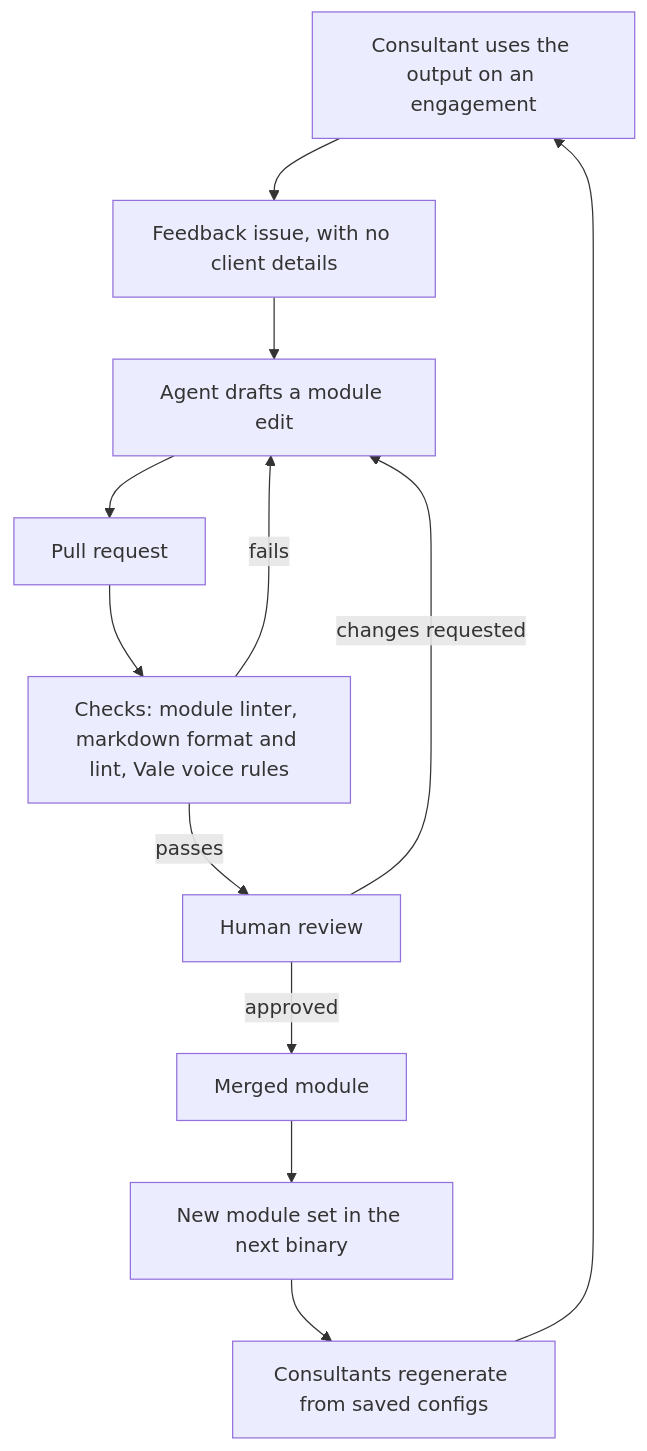
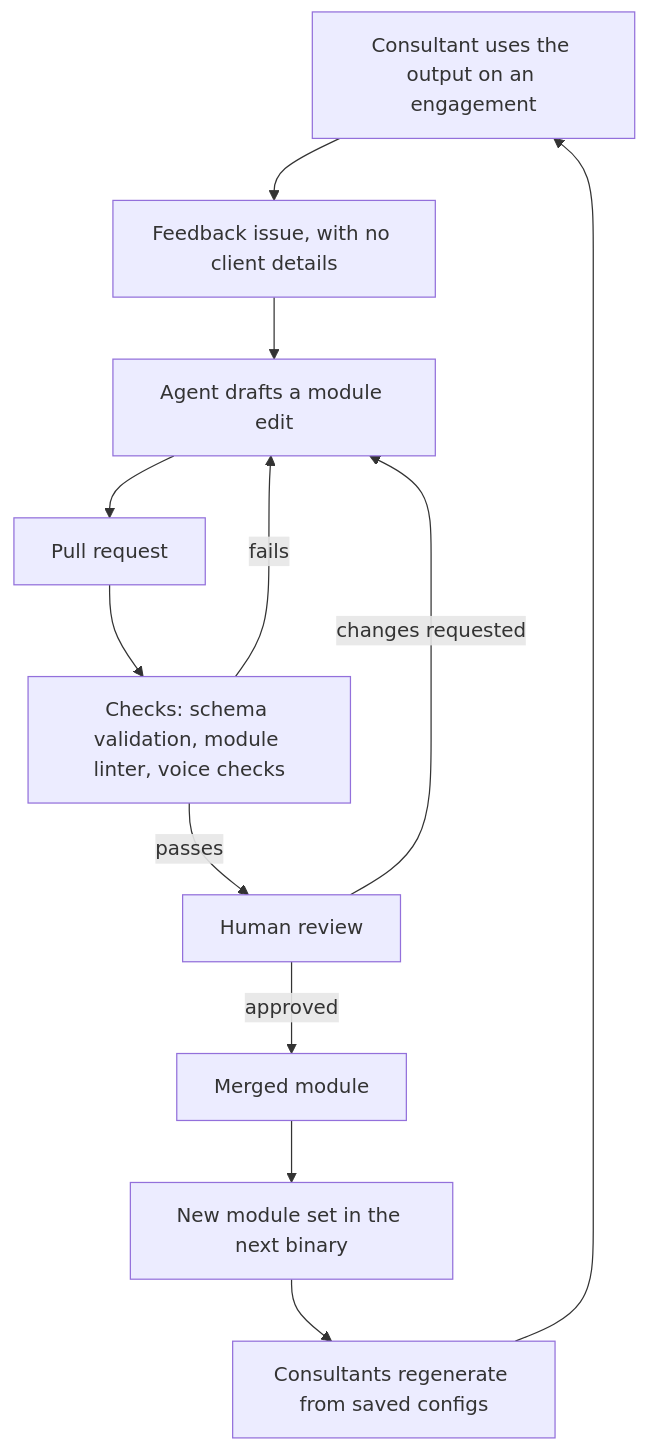
The diagram in docs/architecture/06-authoring-loop.md (8thlight-daveloper/onboard-kit), drawn with Mermaid before and after one commit. The commit also changed other lines of this file and 7 other files, not shown here.

````diff
--- a/docs/architecture/06-authoring-loop.md
+++ b/docs/architecture/06-authoring-loop.md
@@ -7,24 +7,24 @@
 ```mermaid
 flowchart TB
     use["Consultant uses the output on an engagement"]
     feedback["Feedback issue, with no client details"]
     draft["Agent drafts a module edit"]
     pr["Pull request"]
-    checks["Checks: module linter, markdown format and lint, Vale voice rules"]
+    checks["Checks: schema validation, module linter, voice checks"]
     review["Human review"]
     merge["Merged module"]
     release["New module set in the next binary"]
     regen["Consultants regenerate from saved configs"]
 
     use --> feedback
     feedback --> draft
     draft --> pr
     pr --> checks
     checks -->|fails| draft
     checks -->|passes| review
     review -->|changes requested| draft
     review -->|approved| merge
     merge --> release
     release --> regen
     regen --> use
 ```
````
